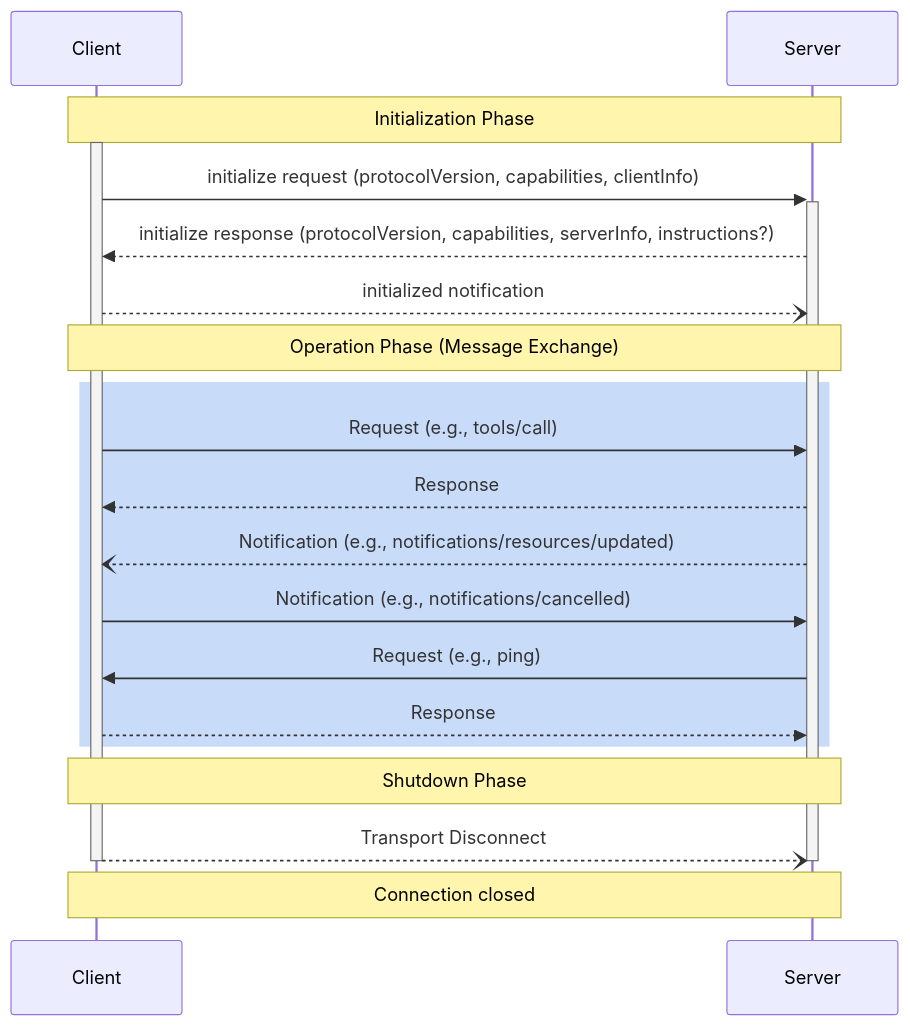
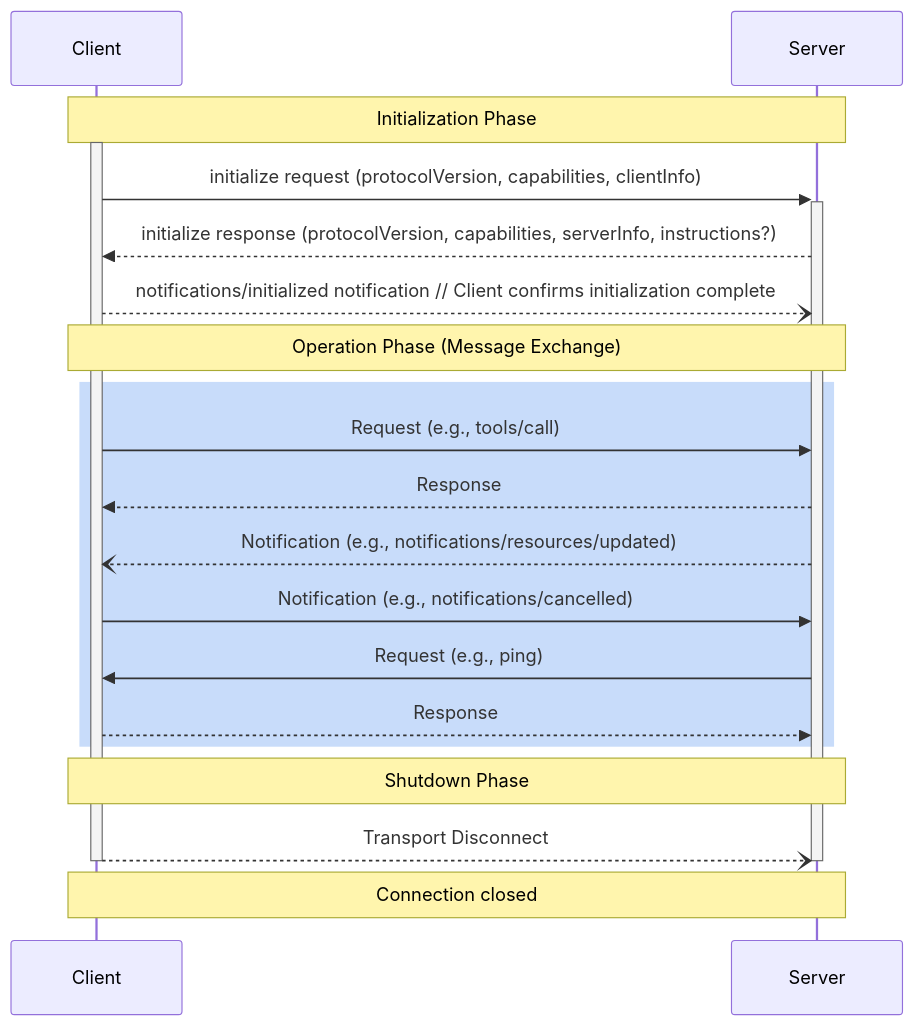
One commit to cyanheads/model-context-protocol-resources changed the second of 2 diagrams in guides/cyanheads-custom-mcp-llms-full.md. Above: the diagram before and after it, drawn with Mermaid. The commit also changed other lines of this file, not shown here.

````diff
--- a/guides/cyanheads-custom-mcp-llms-full.md
+++ b/guides/cyanheads-custom-mcp-llms-full.md
@@ -88,26 +89,26 @@
 ```mermaid
 sequenceDiagram
     participant Client
     participant Server
 
     Note over Client,Server: Initialization Phase
     activate Client
     Client->>+Server: initialize request (protocolVersion, capabilities, clientInfo)
     Server-->>Client: initialize response (protocolVersion, capabilities, serverInfo, instructions?)
-    Client--)Server: initialized notification
+    Client--)Server: notifications/initialized notification // Client confirms initialization complete
 
     Note over Client,Server: Operation Phase (Message Exchange)
     rect rgb(200, 220, 250)
         Client->>Server: Request (e.g., tools/call)
         Server-->>Client: Response
         Server--)Client: Notification (e.g., notifications/resources/updated)
         Client->>Server: Notification (e.g., notifications/cancelled)
         Server->>Client: Request (e.g., ping)
         Client-->>Server: Response
     end
 
     Note over Client,Server: Shutdown Phase
     Client--)-Server: Transport Disconnect
     deactivate Server
     Note over Client,Server: Connection closed
 ```
````
